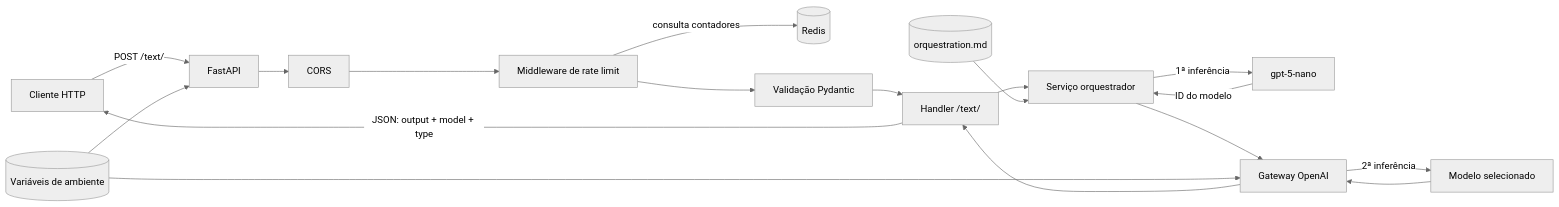
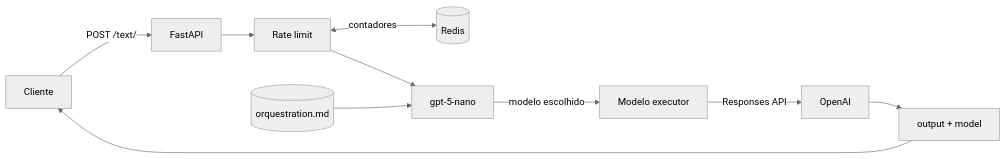
One commit to BrayanDevZN/AiAgenteSelector changed the first of 2 diagrams in README.md. Above: the diagram before and after it, drawn with Mermaid (neutral theme). The commit also changed other lines of this file and 1 other file, not shown here.

````diff
--- a/README.md
+++ b/README.md
@@ -126,21 +63,12 @@
 ```mermaid
 flowchart LR
-    Client[Cliente HTTP] -->|POST /text/| API[FastAPI]
-    API --> CORS[CORS]
-    CORS --> MW[Middleware de rate limit]
-    MW -->|consulta contadores| Redis[(Redis)]
-    MW --> Schema[Validação Pydantic]
-    Schema --> Route[Handler /text/]
-    Route --> Orchestrator[Serviço orquestrador]
-    Orchestrator -->|1ª inferência| RouterModel[gpt-5-nano]
-    RouterModel -->|ID do modelo| Orchestrator
-    Orchestrator --> Gateway[Gateway OpenAI]
-    Gateway -->|2ª inferência| SelectedModel[Modelo selecionado]
-    SelectedModel --> Gateway
-    Gateway --> Route
-    Route -->|JSON: output + model + type| Client
-
-    Prompt[(orquestration.md)] --> Orchestrator
-    Env[(Variáveis de ambiente)] --> API
-    Env --> Gateway
+    Client[Cliente] -->|POST /text/| API[FastAPI]
+    API --> Middleware[Rate limit]
+    Middleware <-->|contadores| Redis[(Redis)]
+    Middleware --> Router[gpt-5-nano]
+    Prompt[(orquestration.md)] --> Router
+    Router -->|modelo escolhido| Executor[Modelo executor]
+    Executor -->|Responses API| OpenAI[OpenAI]
+    OpenAI --> Result[output + model]
+    Result --> Client
 ```
````
